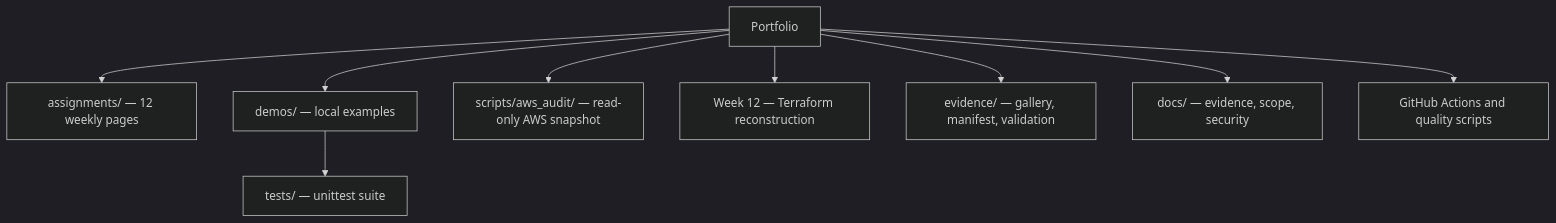
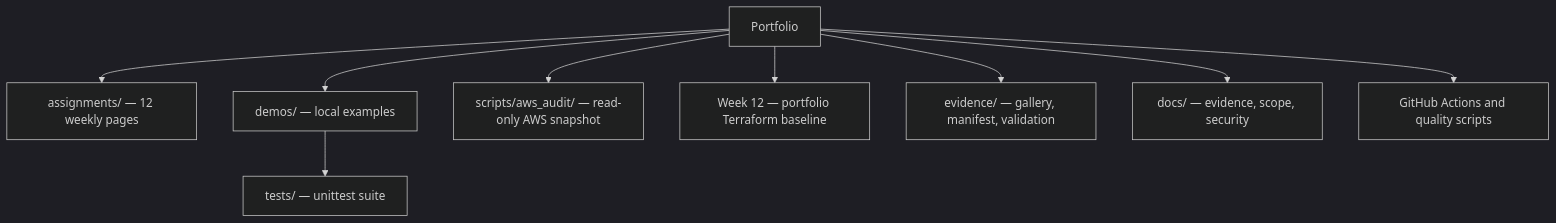
Before and after one commit to sameerhdevops/davine-aws-cloud-internship: the diagram in README.md, drawn with Mermaid (dark theme). The commit also changed other lines of this file and 16 other files, not shown here.

````diff
--- a/README.md
+++ b/README.md
@@ -89,11 +63,11 @@
 ```mermaid
 flowchart TD
   root[Portfolio] --> weeks[assignments/ — 12 weekly pages]
   root --> demos[demos/ — local examples]
   demos --> tests[tests/ — unittest suite]
   root --> audit[scripts/aws_audit/ — read-only AWS snapshot]
-  root --> tf[Week 12 — Terraform reconstruction]
+  root --> tf[Week 12 — portfolio Terraform baseline]
   root --> evidence[evidence/ — gallery, manifest, validation]
   root --> docs[docs/ — evidence, scope, security]
   root --> automation[GitHub Actions and quality scripts]
 ```
````
